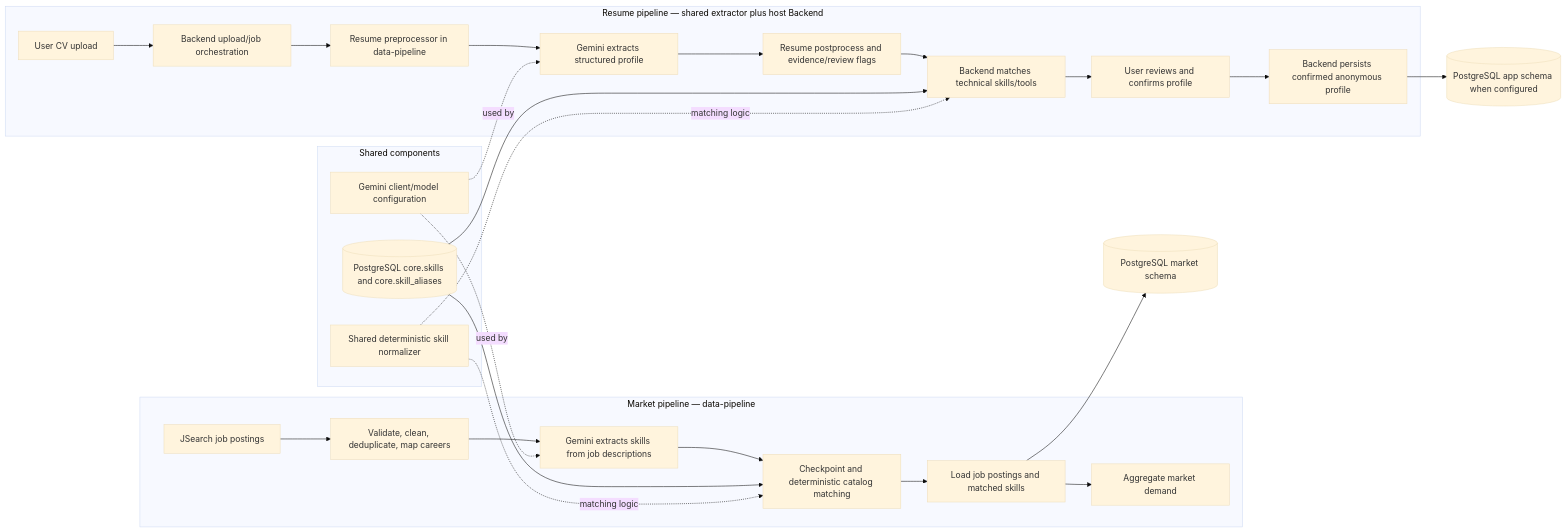
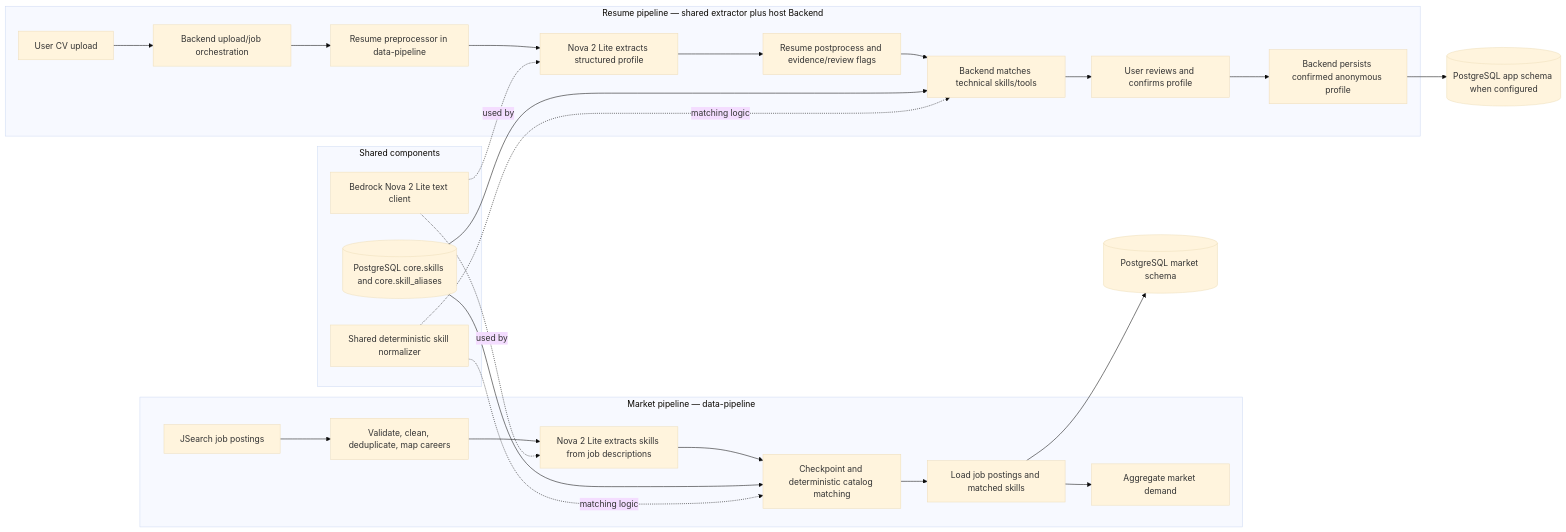
One commit to THN4/glow-job-data-pipeline changed the diagram in README.md. Above: the diagram before and after it, drawn with Mermaid (base theme). The commit also changed other lines of this file and 36 other files, not shown here.

````diff
--- a/README.md
+++ b/README.md
@@ -10,34 +10,34 @@
 ```mermaid
 flowchart LR
     subgraph Market[Market pipeline — data-pipeline]
         J[JSearch job postings] --> M[Validate, clean, deduplicate, map careers]
-        M --> ME[Gemini extracts skills from job descriptions]
+        M --> ME[Nova 2 Lite extracts skills from job descriptions]
         ME --> MC[Checkpoint and deterministic catalog matching]
         MC --> ML[Load job postings and matched skills]
         ML --> MA[Aggregate market demand]
     end
 
     subgraph Resume[Resume pipeline — shared extractor plus host Backend]
         CV[User CV upload] --> RP[Backend upload/job orchestration]
         RP --> PRE[Resume preprocessor in data-pipeline]
-        PRE --> RE[Gemini extracts structured profile]
+        PRE --> RE[Nova 2 Lite extracts structured profile]
         RE --> POST[Resume postprocess and evidence/review flags]
         POST --> CAT[Backend matches technical skills/tools]
         CAT --> UI[User reviews and confirms profile]
         UI --> SAVE[Backend persists confirmed anonymous profile]
     end
 
     subgraph Shared[Shared components]
-        GEM[Gemini client/model configuration]
+        GEM[Bedrock Nova 2 Lite text client]
         NORM[Shared deterministic skill normalizer]
         CORE[(PostgreSQL core.skills and core.skill_aliases)]
     end
     GEM -.used by.-> ME
     GEM -.used by.-> RE
     CORE --> MC
     CORE --> CAT
     NORM -.matching logic.-> MC
     NORM -.matching logic.-> CAT
     ML --> MARKETDB[(PostgreSQL market schema)]
     SAVE --> APPDB[(PostgreSQL app schema when configured)]
 ```
````
